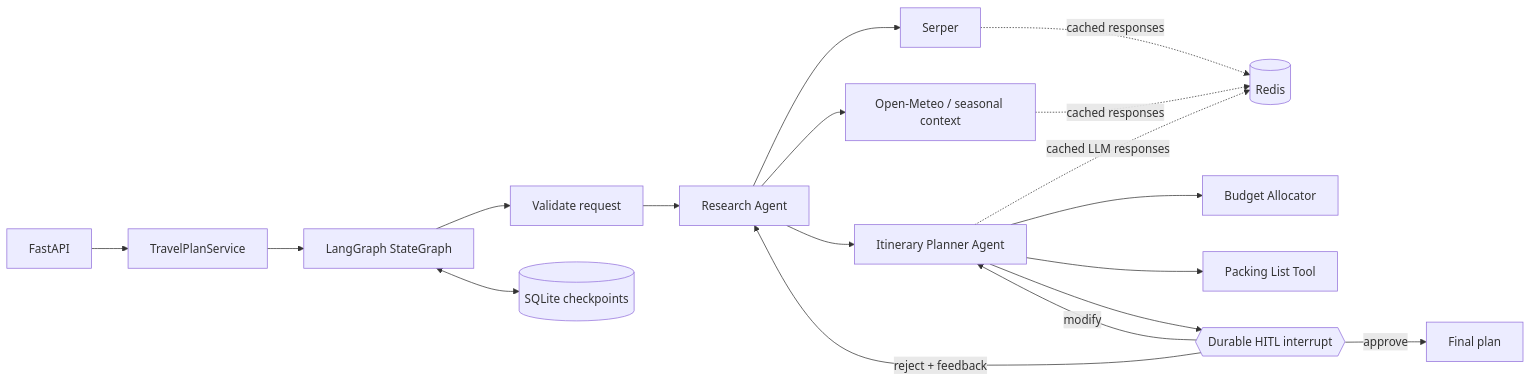
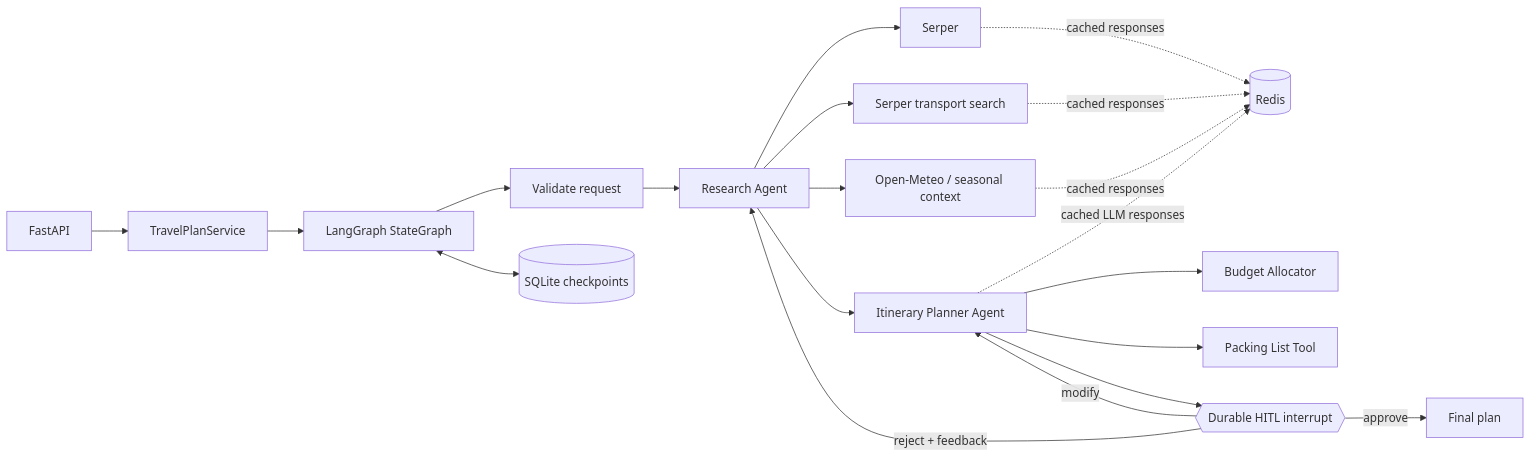
Before and after one commit to Deltan2002/TravelPlannerAgent: the diagram in README.md, drawn with Mermaid. The commit also changed other lines of this file and 5 other files, not shown here.

````diff
--- a/README.md
+++ b/README.md
@@ -14,20 +14,22 @@
 ```mermaid
 flowchart LR
     API[FastAPI] --> SVC[TravelPlanService]
     SVC --> GRAPH[LangGraph StateGraph]
     GRAPH --> VALIDATE[Validate request]
     VALIDATE --> RESEARCH[Research Agent]
     RESEARCH --> WS[Serper]
+    RESEARCH --> TRANSPORT[Serper transport search]
     RESEARCH --> WEATHER[Open-Meteo / seasonal context]
     WS -. cached responses .-> REDIS[(Redis)]
+    TRANSPORT -. cached responses .-> REDIS
     WEATHER -. cached responses .-> REDIS
     RESEARCH --> PLANNER[Itinerary Planner Agent]
     PLANNER -. cached LLM responses .-> REDIS
     PLANNER --> BUDGET[Budget Allocator]
     PLANNER --> PACKING[Packing List Tool]
     PLANNER --> REVIEW{{Durable HITL interrupt}}
     REVIEW -->|approve| FINAL[Final plan]
     REVIEW -->|reject + feedback| RESEARCH
     REVIEW -->|modify| PLANNER
     GRAPH <--> SQLITE[(SQLite checkpoints)]
 ```
````
